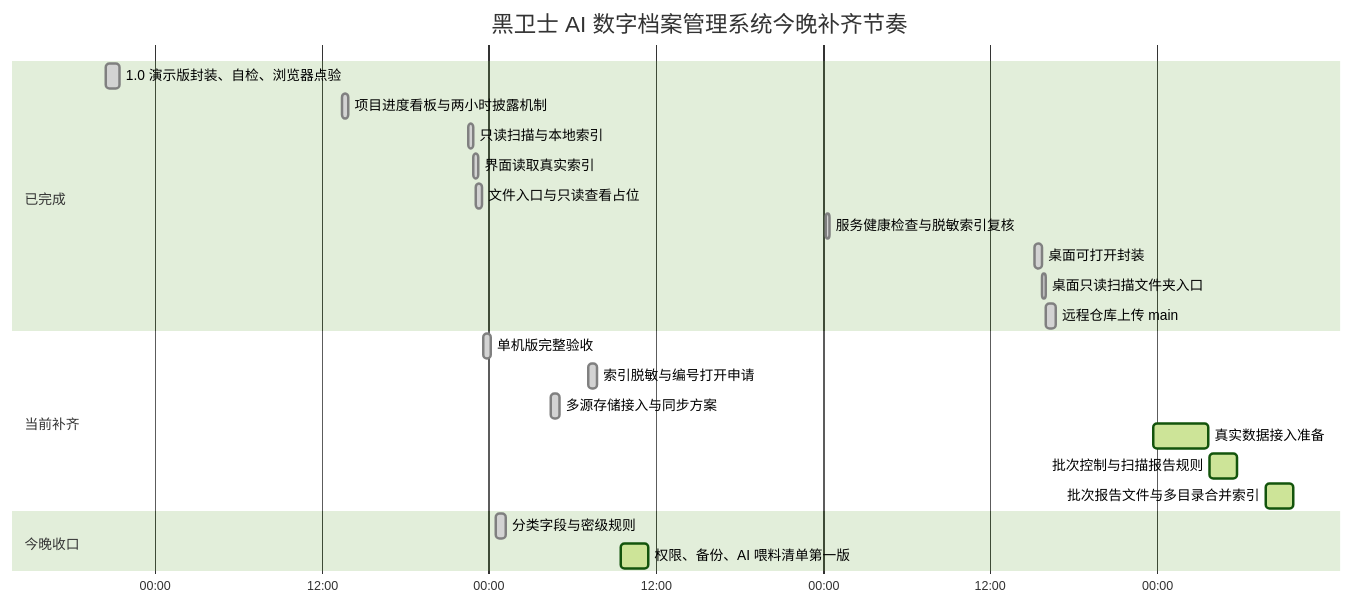
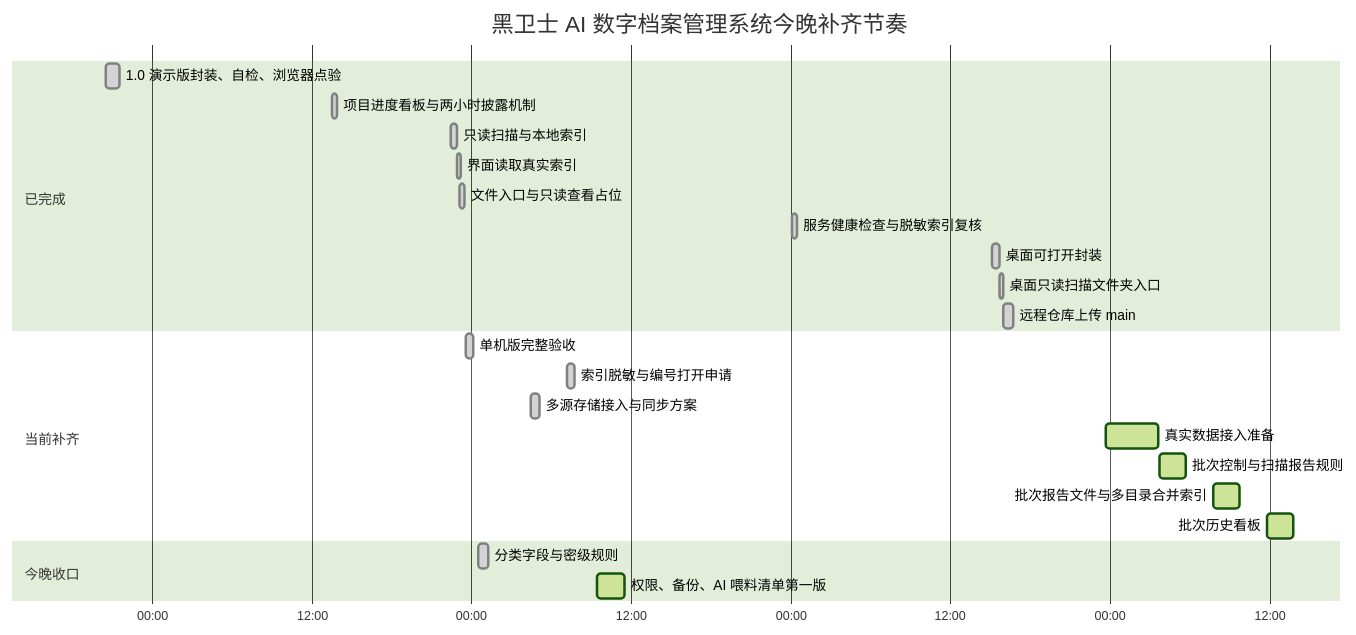
Before and after one commit to okalexhohongkong/Alex-Code-Repository: the diagram in 项目进度看板.md, drawn with Mermaid (forest theme). The commit also changed other lines of this file and 104 other files, not shown here.

````diff
--- a/项目进度看板.md
+++ b/项目进度看板.md
@@ -9,29 +9,30 @@
 ```mermaid
 gantt
   title 黑卫士 AI 数字档案管理系统今晚补齐节奏
   dateFormat  YYYY-MM-DD HH:mm
   axisFormat  %H:%M
 
   section 已完成
   1.0 演示版封装、自检、浏览器点验        :done, demo-1, 2026-06-21 20:30, 1h
   项目进度看板与两小时披露机制             :done, demo-2, 2026-06-22 13:30, 25m
   只读扫描与本地索引                      :done, local-2, 2026-06-22 22:30, 25m
   界面读取真实索引                        :done, local-3, 2026-06-22 22:55, 20m
   文件入口与只读查看占位                   :done, local-4, 2026-06-22 23:05, 25m
   服务健康检查与脱敏索引复核                :done, local-health, 2026-06-24 00:10, 20m
   桌面可打开封装                           :done, desktop-1, 2026-06-24 15:10, 35m
   桌面只读扫描文件夹入口                    :done, desktop-2, 2026-06-24 15:43, 20m
   远程仓库上传 main                         :done, remote-1, 2026-06-24 16:00, 45m
 
   section 当前补齐
   单机版完整验收                          :done, local-5, 2026-06-22 23:35, 35m
   索引脱敏与编号打开申请                   :done, local-6, 2026-06-23 07:10, 35m
   多源存储接入与同步方案                   :done, storage-1, 2026-06-23 04:30, 35m
   真实数据接入准备                         :active, intake-1, 2026-06-24 23:42, 4h
   批次控制与扫描报告规则                   :active, intake-2, 2026-06-25 03:44, 2h
   批次报告文件与多目录合并索引              :active, intake-3, 2026-06-25 07:47, 2h
+  批次历史看板                            :active, intake-4, 2026-06-25 11:50, 2h
 
   section 今晚收口
   分类字段与密级规则                       :done, class-1, 2026-06-23 00:30, 45m
   权限、备份、AI 喂料清单第一版             :active, class-2, 2026-06-23 09:30, 2h
 ```
````
